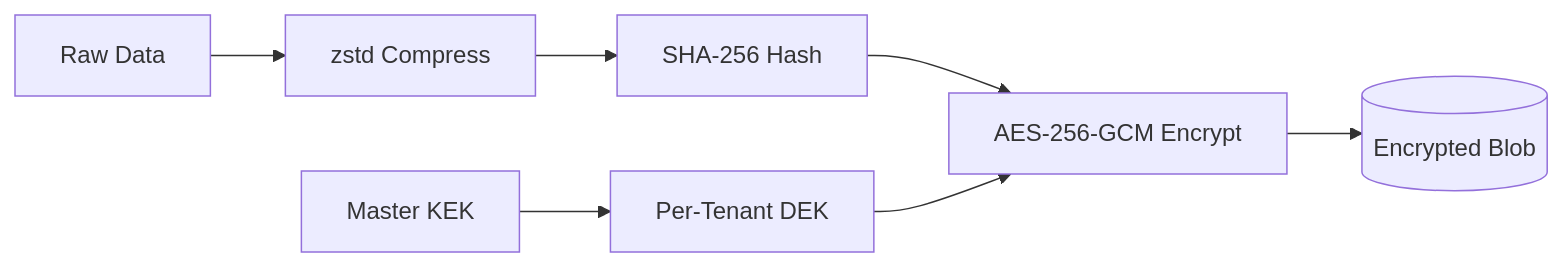
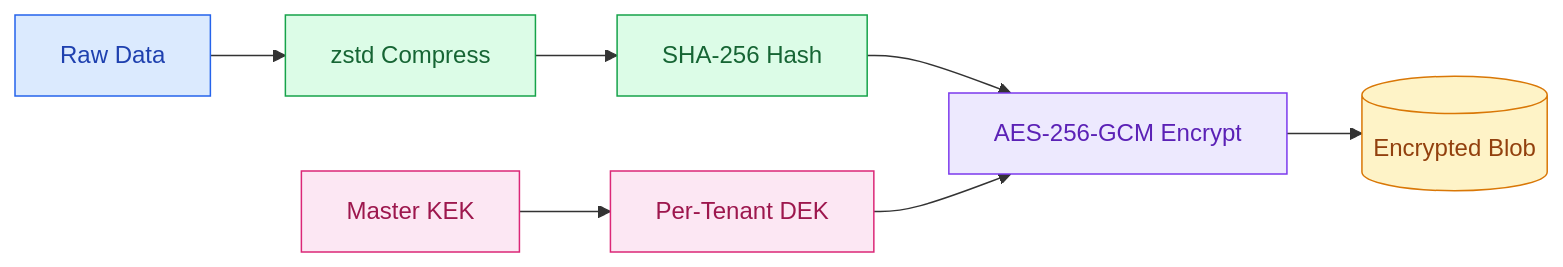
One commit to gpatwa/m365-vault changed the first of 3 diagrams in docs/SECURITY.md. Above: the diagram before and after it, drawn with Mermaid. The commit also changed other lines of this file and 2 other files, not shown here.

First line of the commit message:
fix: bigger diagrams + colors on all Security doc Mermaid charts

````diff
--- a/docs/SECURITY.md
+++ b/docs/SECURITY.md
@@ -19,9 +19,14 @@
 ```mermaid
 graph LR
-    A[Raw Data] --> B[zstd Compress]
-    B --> C[SHA-256 Hash]
-    C --> D[AES-256-GCM Encrypt]
-    D --> E[(Encrypted Blob)]
-    F[Per-Tenant DEK] --> D
-    G[Master KEK] --> F
+    A[Raw Data]:::source --> B[zstd Compress]:::process
+    B --> C[SHA-256 Hash]:::process
+    C --> D[AES-256-GCM Encrypt]:::secure
+    D --> E[(Encrypted Blob)]:::storage
+    F[Per-Tenant DEK]:::key --> D
+    G[Master KEK]:::key --> F
+    classDef source fill:#dbeafe,stroke:#2563eb,color:#1e40af
+    classDef process fill:#dcfce7,stroke:#16a34a,color:#166534
+    classDef secure fill:#ede9fe,stroke:#7c3aed,color:#5b21b6
+    classDef storage fill:#fef3c7,stroke:#d97706,color:#92400e
+    classDef key fill:#fce7f3,stroke:#db2777,color:#9d174d
 ```
````
